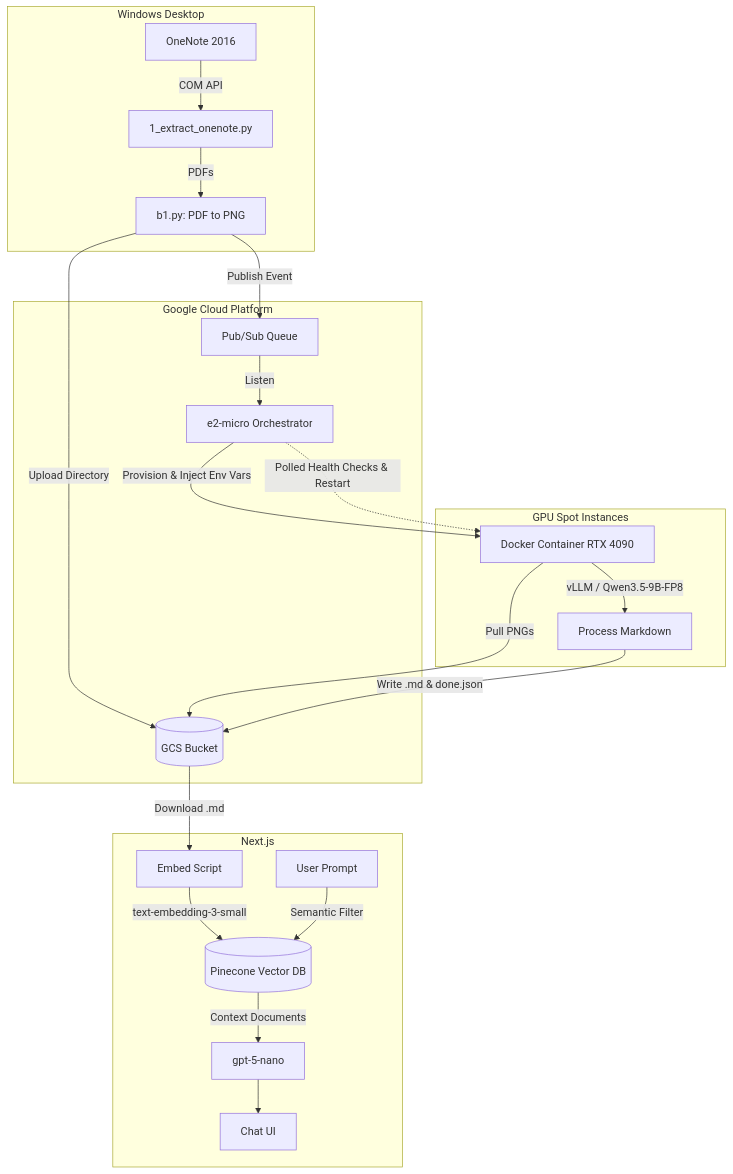
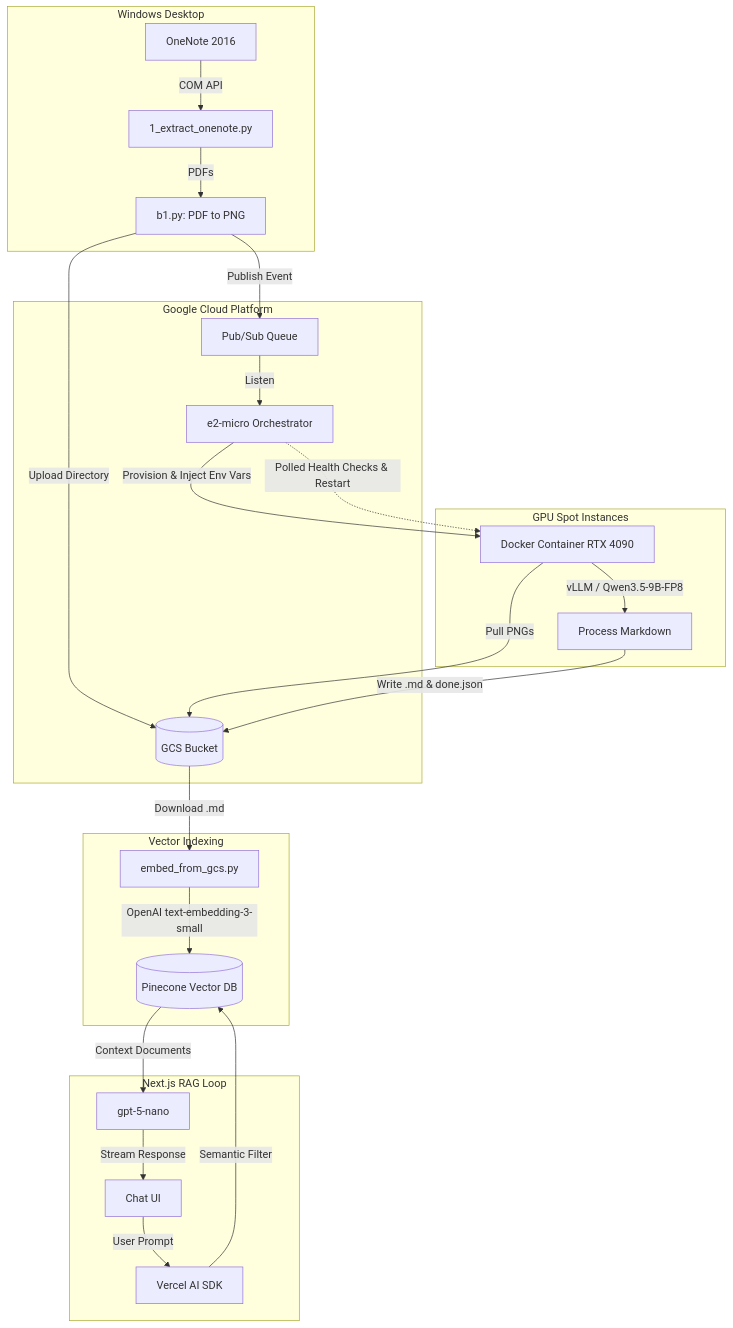
Before and after one commit to qkanji/PersonalIntelligenceEngine: the diagram in README.md, drawn with Mermaid.

````diff
--- a/README.md
+++ b/README.md
@@ -47,29 +47,33 @@
 ```mermaid
 graph TD
     subgraph Local Environment [Windows Desktop]
         A[OneNote 2016] -->|COM API| B[1_extract_onenote.py]
         B -->|PDFs| C[b1.py: PDF to PNG]
     end
 
     subgraph Google Cloud Platform
         C -->|Upload Directory| D[(GCS Bucket)]
         C -->|Publish Event| E[Pub/Sub Queue]
         E -->|Listen| F[e2-micro Orchestrator]
     end
 
     subgraph RunPod [GPU Spot Instances]
         F -->|Provision & Inject Env Vars| G[Docker Container RTX 4090]
         G -->|Pull PNGs| D
         G -->|vLLM / Qwen3.5-9B-FP8| H[Process Markdown]
         H -->|Write .md & done.json| D
         F -.->|Polled Health Checks & Restart| G
     end
 
-    subgraph Web App [Next.js]
-        D -->|Download .md| I[Embed Script]
-        I -->|text-embedding-3-small| J[(Pinecone Vector DB)]
-        K[User Prompt] -->|Semantic Filter| J
-        J -->|Context Documents| L[gpt-5-nano]
-        L --> M[Chat UI]
+    subgraph Local Embed Process [Vector Indexing]
+        D -->|Download .md| I[embed_from_gcs.py]
+        I -->|OpenAI text-embedding-3-small| J[(Pinecone Vector DB)]
+    end
+
+    subgraph Web App [Next.js RAG Loop]
+        K[Chat UI] -->|User Prompt| L[Vercel AI SDK]
+        L -->|Semantic Filter| J
+        J -->|Context Documents| M[gpt-5-nano]
+        M -->|Stream Response| K
     end
 ```
````
